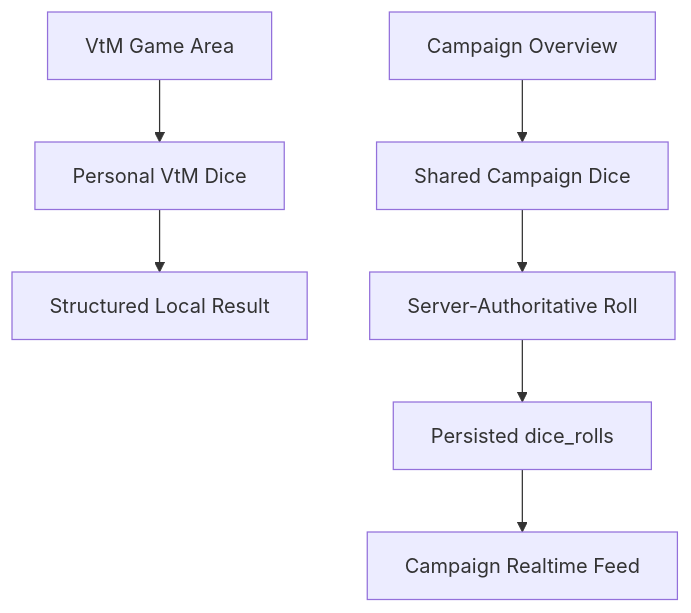
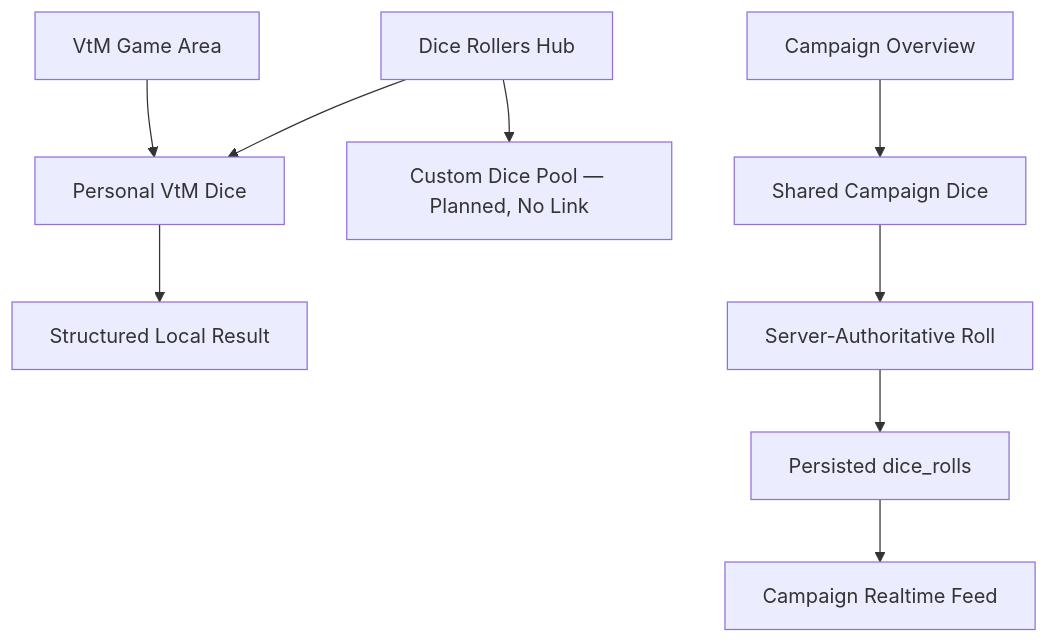
One commit to Andrey-0101/ttrpg-website changed the fourth of 6 diagrams in docs/product/SITE_MAP.md. Above: the diagram before and after it, drawn with Mermaid. The commit also changed other lines of this file and 28 other files, not shown here.

Commit message:
feat: add dice rollers hub and VtM symbols

````diff
--- a/docs/product/SITE_MAP.md
+++ b/docs/product/SITE_MAP.md
@@ -117,11 +120,13 @@
 ```mermaid
 flowchart TD
-    VTM["VtM Game Area"] --> PERSONAL_DICE["Personal VtM Dice"]
+    HUB["Dice Rollers Hub"] --> PERSONAL_DICE["Personal VtM Dice"]
+    VTM["VtM Game Area"] --> PERSONAL_DICE
+    HUB --> CUSTOM["Custom Dice Pool — Planned, No Link"]
     CAMPAIGN["Campaign Overview"] --> CAMPAIGN_DICE["Shared Campaign Dice"]
 
     PERSONAL_DICE --> LOCAL_RESULT["Structured Local Result"]
 
     CAMPAIGN_DICE --> SERVER_ROLL["Server-Authoritative Roll"]
     SERVER_ROLL --> DATABASE["Persisted dice_rolls"]
     DATABASE --> REALTIME["Campaign Realtime Feed"]
 ```
````
